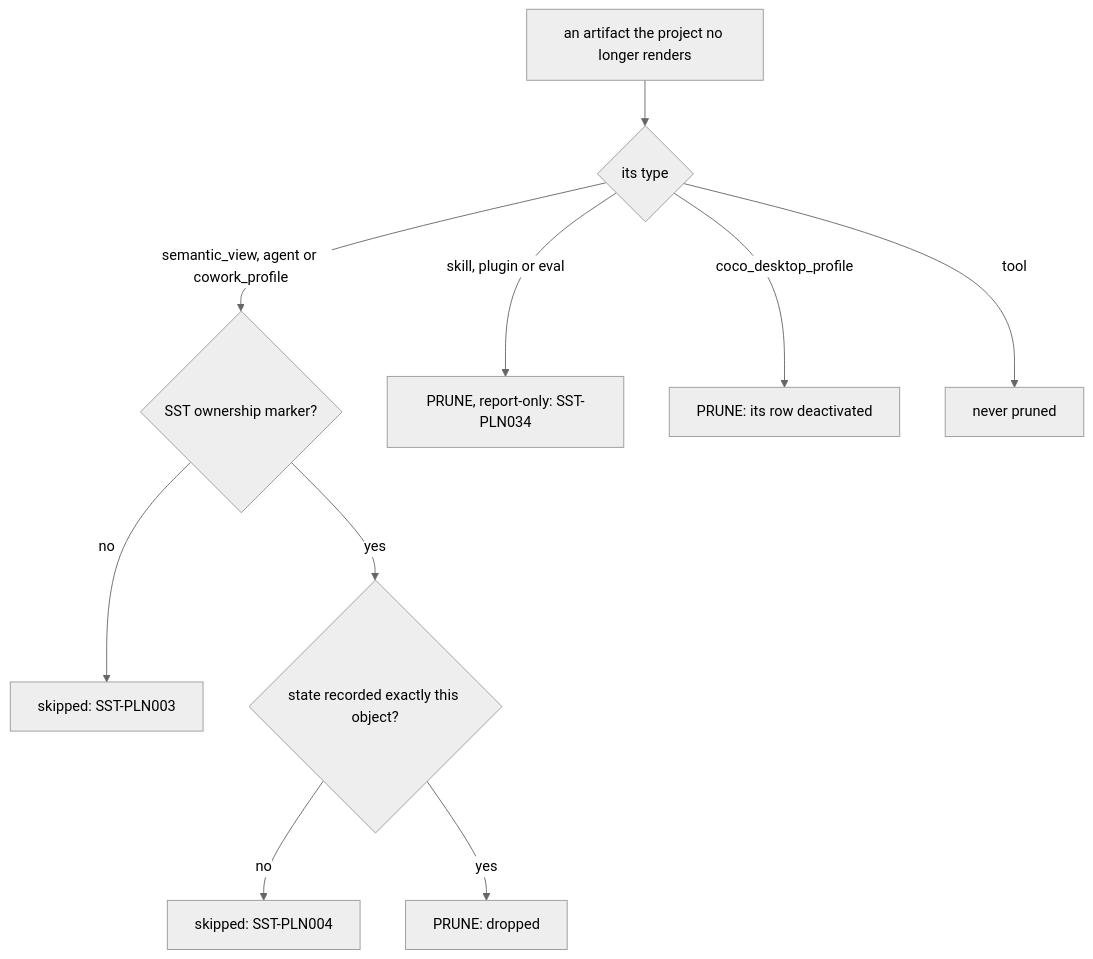
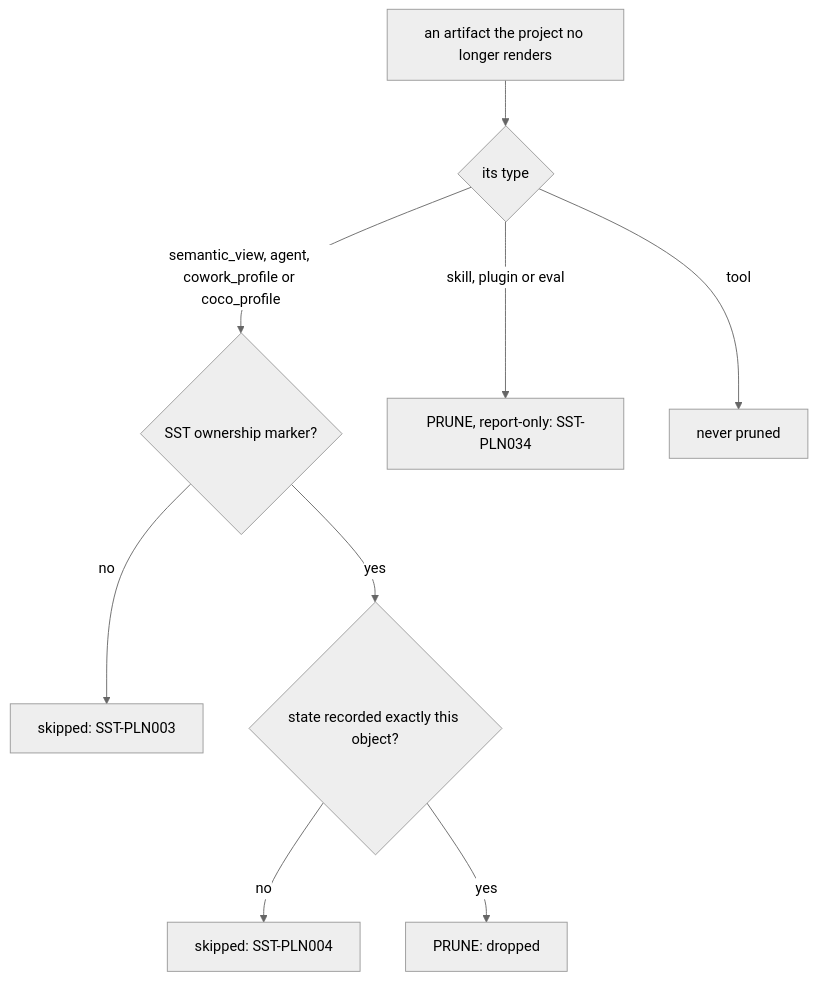
One commit to WhoopInc/snowflake-semantic-tools changed the third of 3 diagrams in docs/concepts.md. Above: the diagram before and after it, drawn with Mermaid (neutral theme). The commit also changed other lines of this file and 283 other files, not shown here.

First line of the commit message:
feat!: publish Cortex Code agent profiles in place of the CoCo Desktop profile registry

````diff
--- a/docs/concepts.md
+++ b/docs/concepts.md
@@ -547,12 +540,11 @@
 ```mermaid
 flowchart TD
     gone["an artifact the project no longer renders"] --> which{"its type"}
-    which -->|"semantic_view, agent or cowork_profile"| mark{"SST ownership marker?"}
+    which -->|"semantic_view, agent, cowork_profile or coco_profile"| mark{"SST ownership marker?"}
     mark -- no --> s3["skipped: SST-PLN003"]
     mark -- yes --> agree{"state recorded exactly this object?"}
     agree -- no --> s4["skipped: SST-PLN004"]
     agree -- yes --> drop["PRUNE: dropped"]
     which -->|"skill, plugin or eval"| report["PRUNE, report-only: SST-PLN034"]
-    which -- coco_desktop_profile --> deactivate["PRUNE: its row deactivated"]
     which -- tool --> kept["never pruned"]
 ```
````
